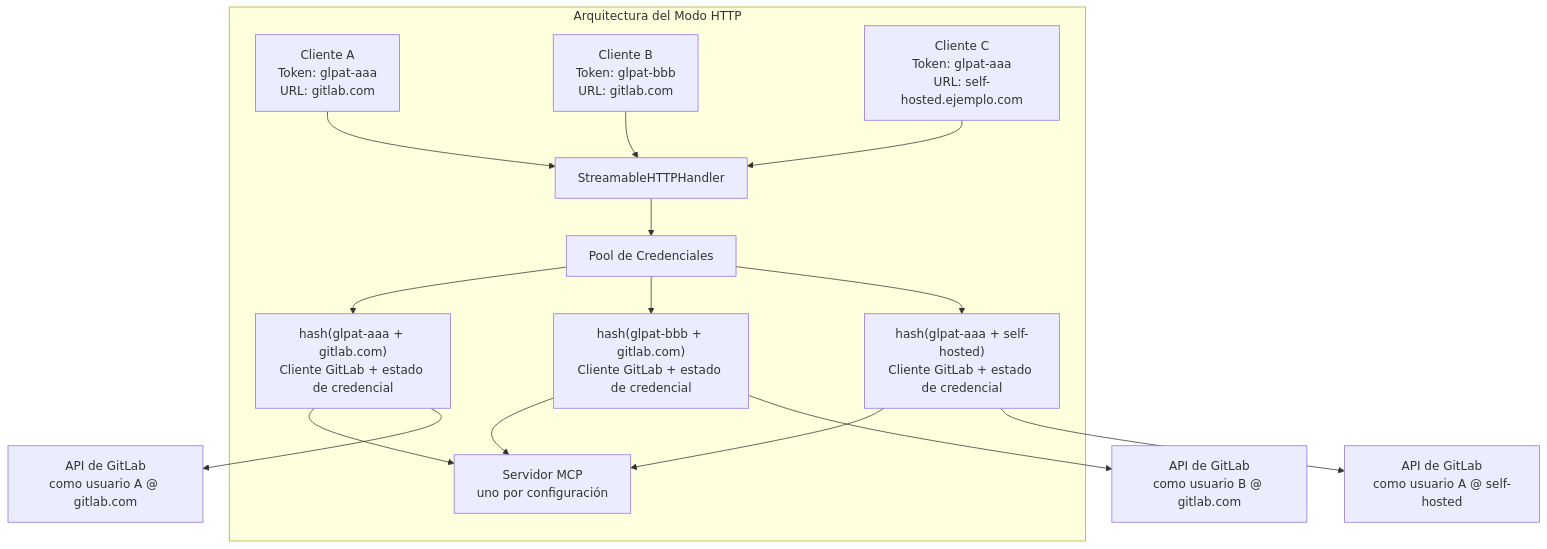
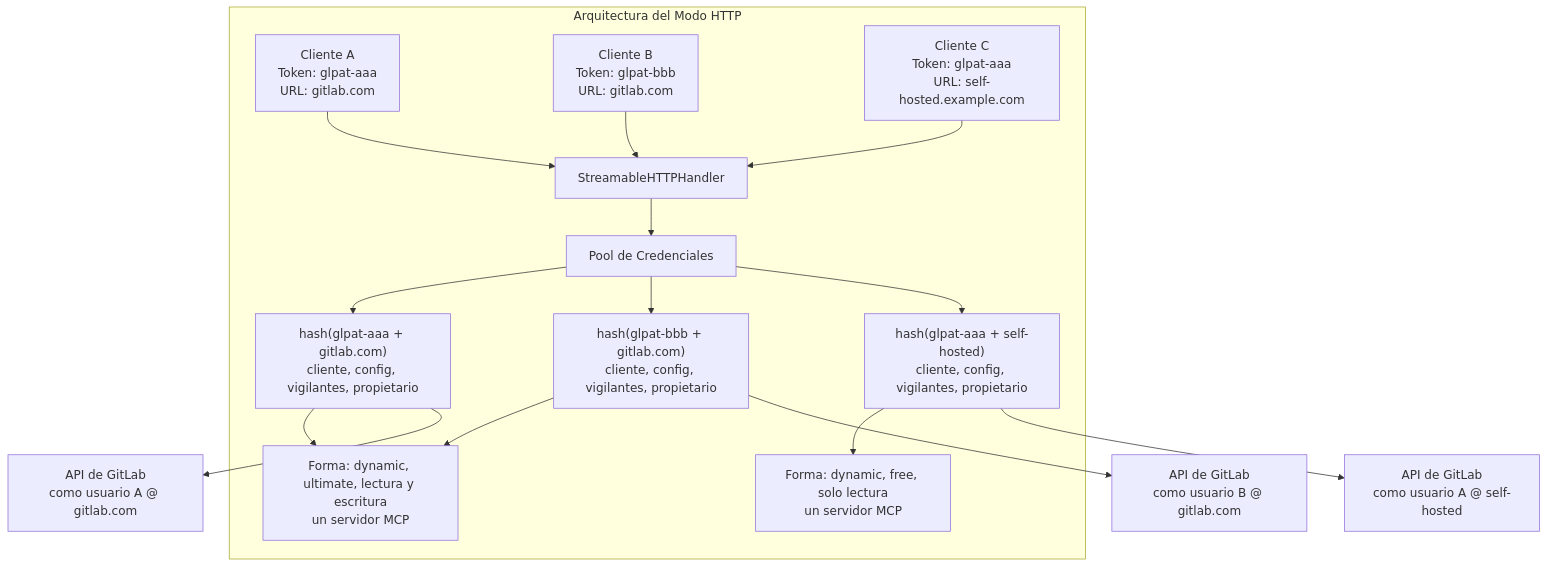
One commit to jmrplens/gitlab-mcp-server changed the second of 2 diagrams in site/src/content/docs/es/operations/http-server.mdx. Above: the diagram before and after it, drawn with Mermaid. The commit also changed other lines of this file and 25 other files, not shown here.

````diff
--- a/site/src/content/docs/es/operations/http-server.mdx
+++ b/site/src/content/docs/es/operations/http-server.mdx
@@ -316,22 +571,22 @@
 ```mermaid
 graph TD
     subgraph "Arquitectura del Modo HTTP"
         REQ1["Cliente A<br/>Token: glpat-aaa<br/>URL: gitlab.com"] --> HANDLER[StreamableHTTPHandler]
         REQ2["Cliente B<br/>Token: glpat-bbb<br/>URL: gitlab.com"] --> HANDLER
-        REQ3["Cliente C<br/>Token: glpat-aaa<br/>URL: self-hosted.ejemplo.com"] --> HANDLER
+        REQ3["Cliente C<br/>Token: glpat-aaa<br/>URL: self-hosted.example.com"] --> HANDLER
 
         HANDLER --> POOL[Pool de Credenciales]
 
-        POOL --> ENTRY1["hash(glpat-aaa + gitlab.com)<br/>Cliente GitLab + estado de credencial"]
-        POOL --> ENTRY2["hash(glpat-bbb + gitlab.com)<br/>Cliente GitLab + estado de credencial"]
-        POOL --> ENTRY3["hash(glpat-aaa + self-hosted)<br/>Cliente GitLab + estado de credencial"]
+        POOL --> ENTRY1["hash(glpat-aaa + gitlab.com)<br/>cliente, config, vigilantes, propietario"]
+        POOL --> ENTRY2["hash(glpat-bbb + gitlab.com)<br/>cliente, config, vigilantes, propietario"]
+        POOL --> ENTRY3["hash(glpat-aaa + self-hosted)<br/>cliente, config, vigilantes, propietario"]
 
-        ENTRY1 --> SHARED["Servidor MCP<br/>uno por configuración"]
-        ENTRY2 --> SHARED
-        ENTRY3 --> SHARED
+        ENTRY1 --> SHAPE1["Forma: dynamic, ultimate, lectura y escritura<br/>un servidor MCP"]
+        ENTRY2 --> SHAPE1
+        ENTRY3 --> SHAPE2["Forma: dynamic, free, solo lectura<br/>un servidor MCP"]
     end
 
     ENTRY1 --> GL1["API de GitLab<br/>como usuario A @ gitlab.com"]
     ENTRY2 --> GL2["API de GitLab<br/>como usuario B @ gitlab.com"]
     ENTRY3 --> GL3["API de GitLab<br/>como usuario A @ self-hosted"]
 ```
````
